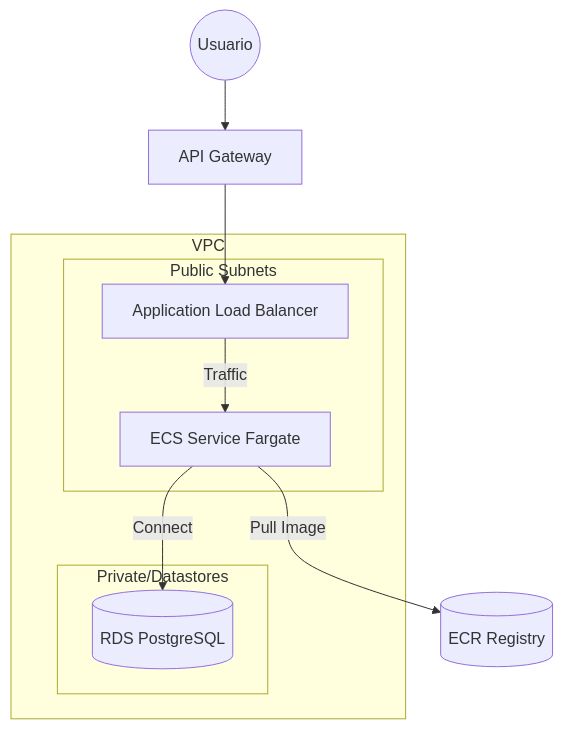
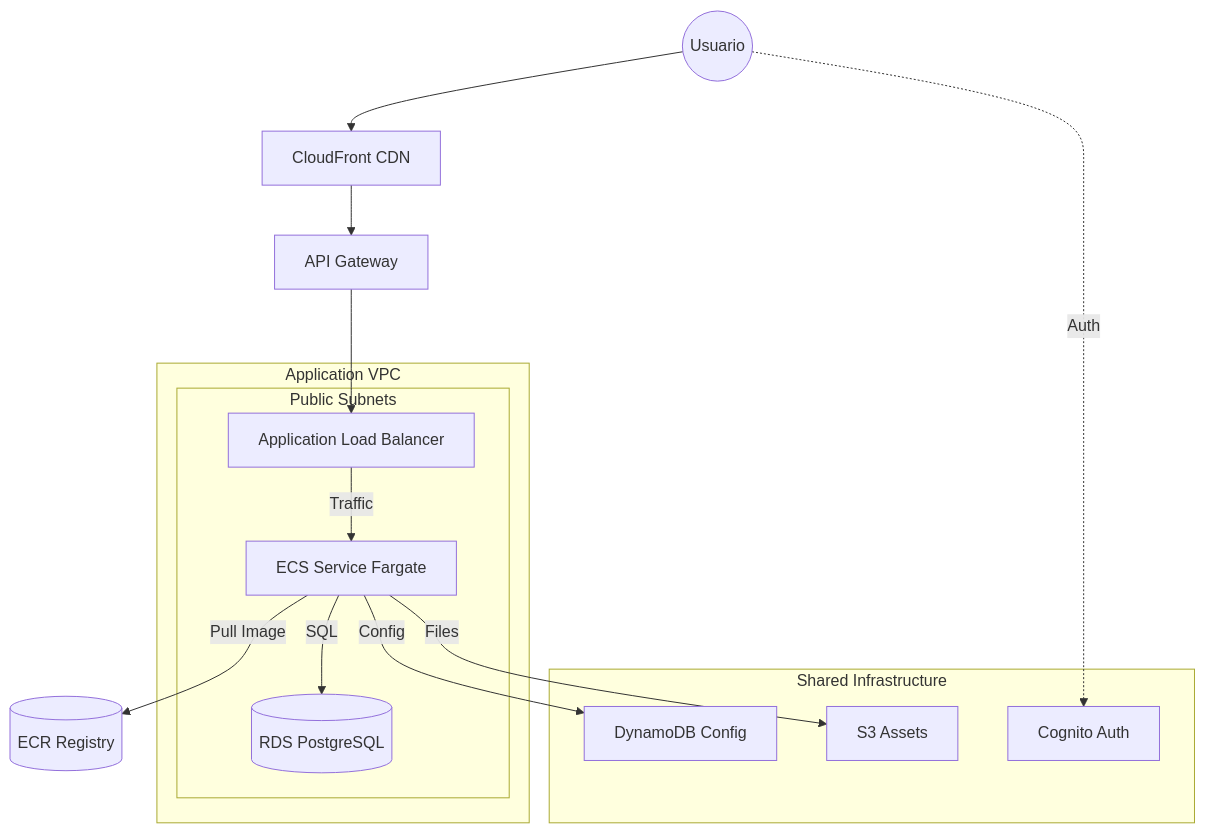
Before and after one commit to lcano-gini/poc-ecs: the diagram in README.md, drawn with Mermaid. The commit also changed other lines of this file and 28 other files, not shown here.

````diff
--- a/README.md
+++ b/README.md
@@ -26,17 +24,27 @@
 ```mermaid
 graph TD
-    User((Usuario)) --> APIG[API Gateway]
+    User((Usuario)) --> CF[CloudFront CDN]
+    CF --> APIG[API Gateway]
     APIG --> ALB[Application Load Balancer]
-    subgraph VPC
+    
+    subgraph Shared Infrastructure
+        Cognito[Cognito Auth]
+        S3[S3 Assets]
+        Dynamo[DynamoDB Config]
+    end
+
+    subgraph Application VPC
         subgraph Public Subnets
             ALB
             ECS[ECS Service Fargate]
-        end
-        subgraph Private/Datastores
             RDS[(RDS PostgreSQL)]
         end
     end
+    
+    User -.->|Auth| Cognito
     ECS -->|Pull Image| ECR[(ECR Registry)]
     ALB -->|Traffic| ECS
-    ECS -->|Connect| RDS
+    ECS -->|SQL| RDS
+    ECS -->|Config| Dynamo
+    ECS -->|Files| S3
 ```
````
